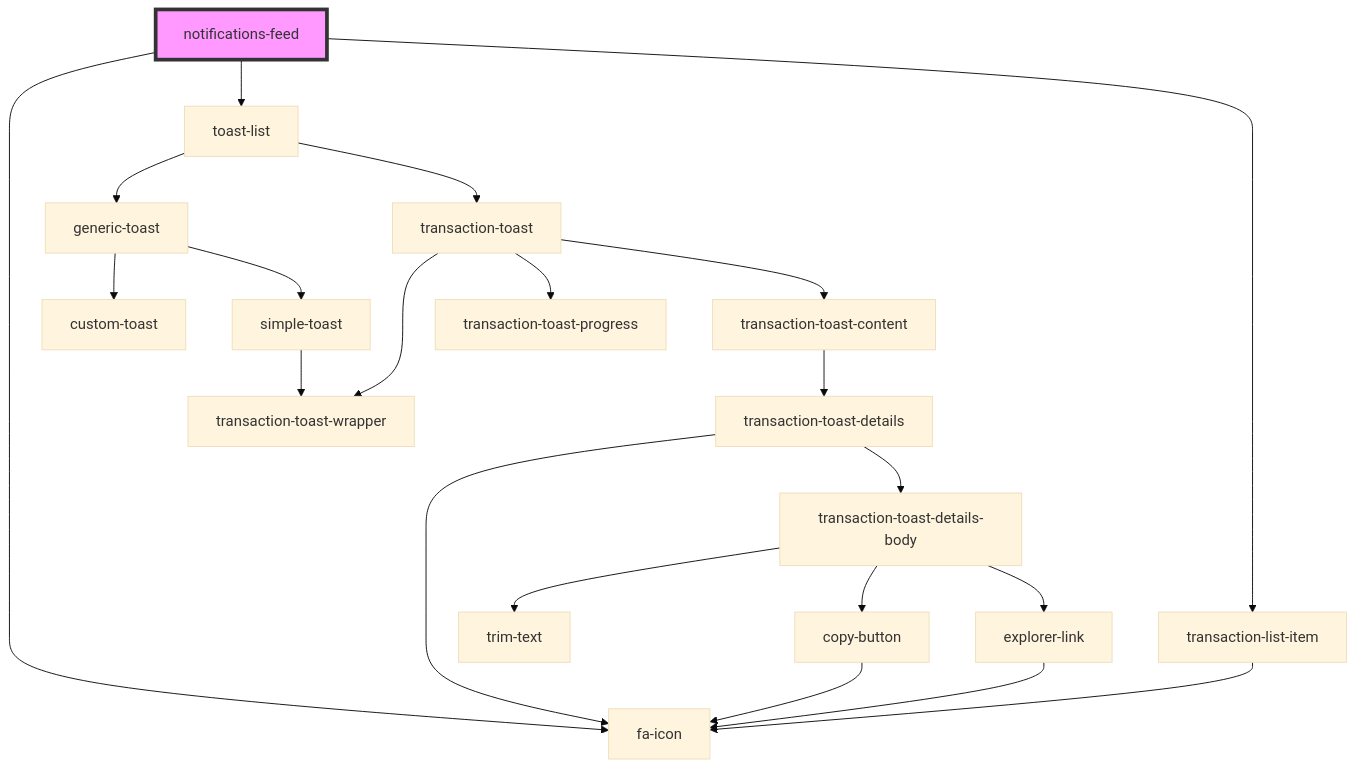
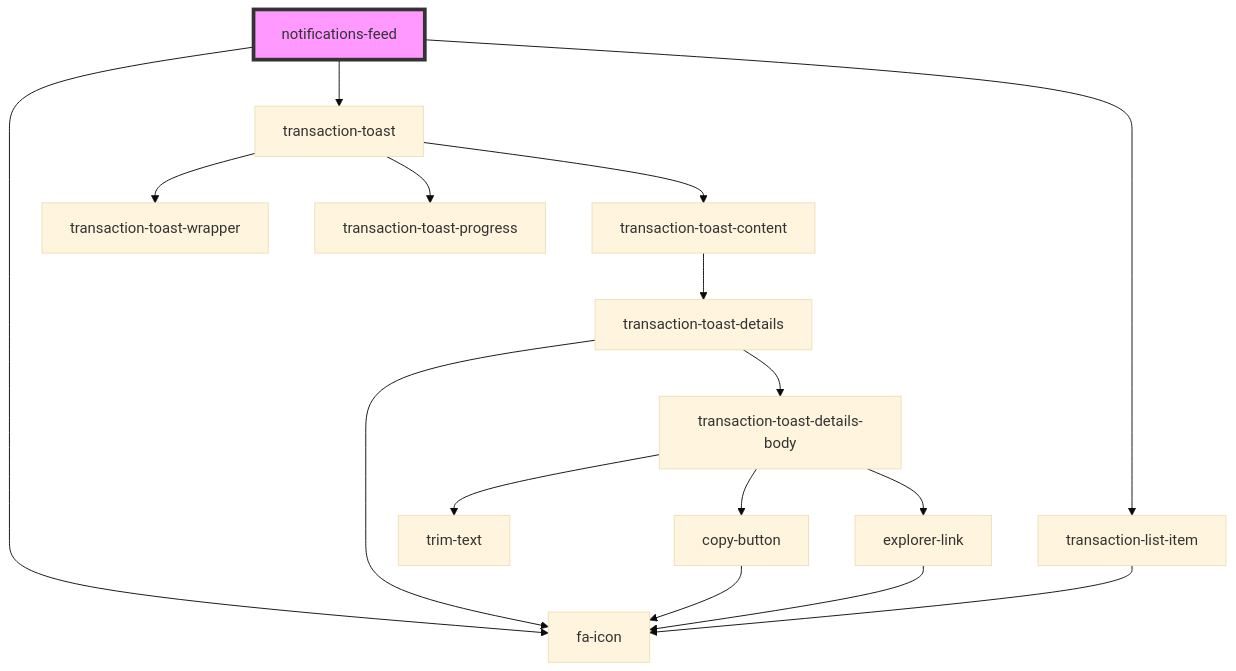
One commit to multiversx/mx-sdk-dapp-ui changed the diagram in src/components/functional/notifications-feed/readme.md. Above: the diagram before and after it, drawn with Mermaid (base theme). The commit also changed other lines of this file and 7 other files, not shown here.

````diff
--- a/src/components/functional/notifications-feed/readme.md
+++ b/src/components/functional/notifications-feed/readme.md
@@ -38,24 +30,19 @@
 ```mermaid
 graph TD;
   notifications-feed --> fa-icon
-  notifications-feed --> toast-list
+  notifications-feed --> transaction-toast
   notifications-feed --> transaction-list-item
-  toast-list --> generic-toast
-  toast-list --> transaction-toast
-  generic-toast --> custom-toast
-  generic-toast --> simple-toast
-  simple-toast --> transaction-toast-wrapper
   transaction-toast --> transaction-toast-wrapper
   transaction-toast --> transaction-toast-progress
   transaction-toast --> transaction-toast-content
   transaction-toast-content --> transaction-toast-details
   transaction-toast-details --> fa-icon
   transaction-toast-details --> transaction-toast-details-body
   transaction-toast-details-body --> trim-text
   transaction-toast-details-body --> copy-button
   transaction-toast-details-body --> explorer-link
   copy-button --> fa-icon
   explorer-link --> fa-icon
   transaction-list-item --> fa-icon
   style notifications-feed fill:#f9f,stroke:#333,stroke-width:4px
 ```
````
